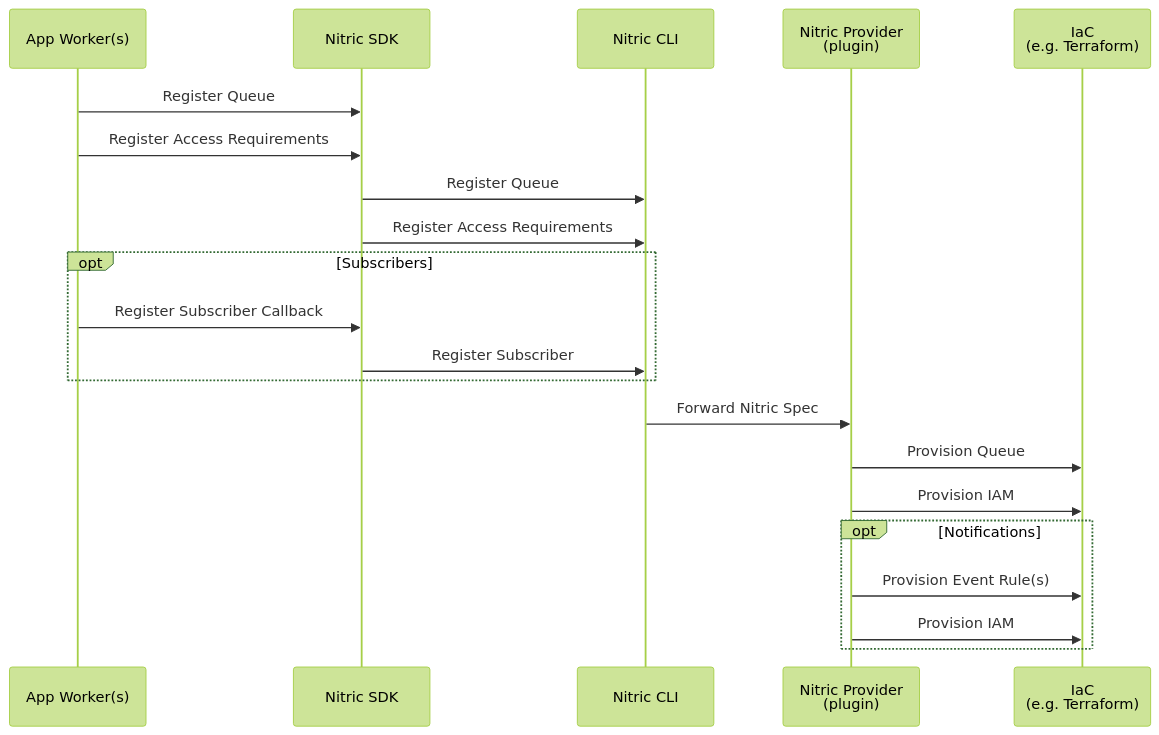
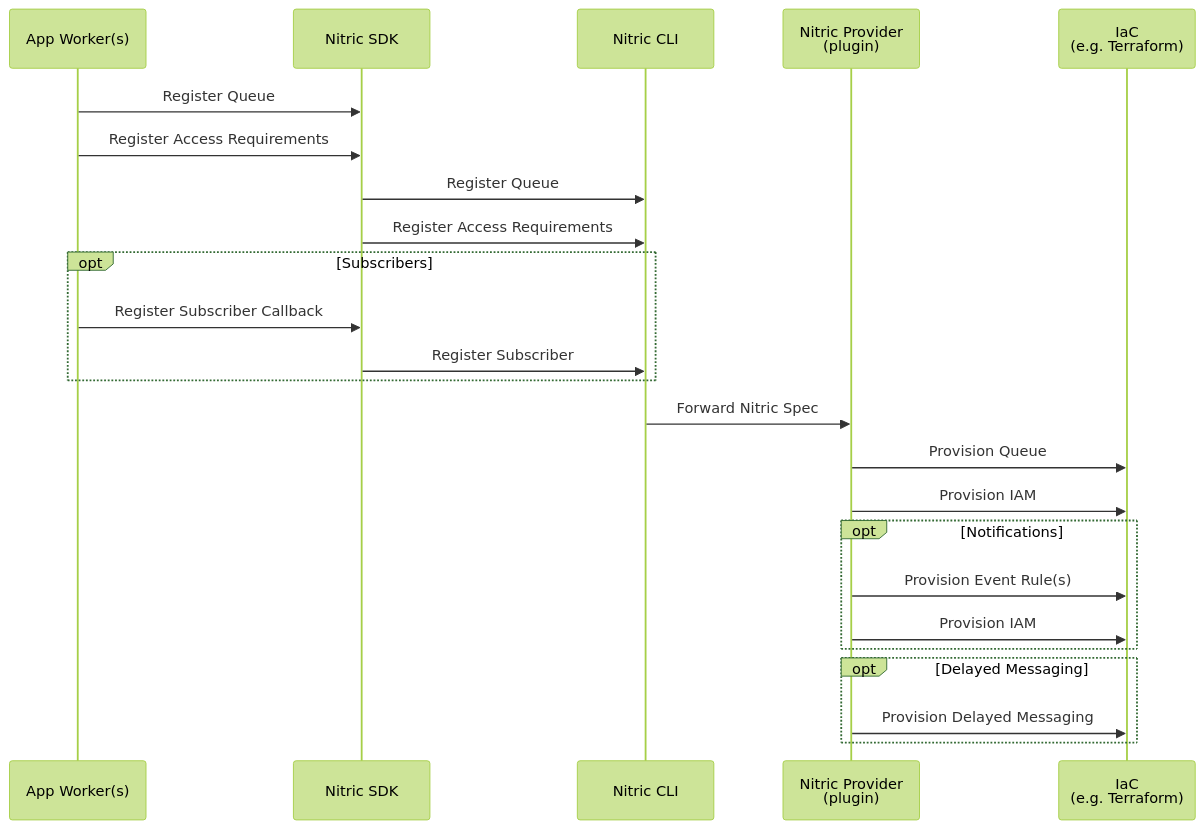
Before and after one commit to nitrictech/docs: the third of 4 diagrams in docs/architecture/topics.mdx, drawn with Mermaid (forest theme). The commit also changed other lines of this file and 1 other file, not shown here.

Commit message:
update schedule sequences

````diff
--- a/docs/architecture/topics.mdx
+++ b/docs/architecture/topics.mdx
@@ -89,27 +89,31 @@
 ```mermaid
 sequenceDiagram
     participant Worker as App Worker(s)
     participant SDK as Nitric SDK
     participant Nitric as Nitric CLI
     participant Provider as Nitric Provider <br> (plugin)
     participant IAC as IaC <br> (e.g. Terraform)
 
     Worker->>SDK: Register Queue
     Worker->>SDK: Register Access Requirements
     SDK->>Nitric: Register Queue
     SDK->>Nitric: Register Access Requirements
 
     opt Subscribers
       Worker->>SDK: Register Subscriber Callback
       SDK->>Nitric: Register Subscriber
     end
 
     Nitric->>Provider: Forward Nitric Spec
     Provider->>IAC: Provision Queue
     Provider->>IAC: Provision IAM
 
     opt Notifications
       Provider->>IAC: Provision Event Rule(s)
       Provider->>IAC: Provision IAM
     end
+
+    opt Delayed Messaging
+      Provider->>IAC: Provision Delayed Messaging
+    end
 ```
````
